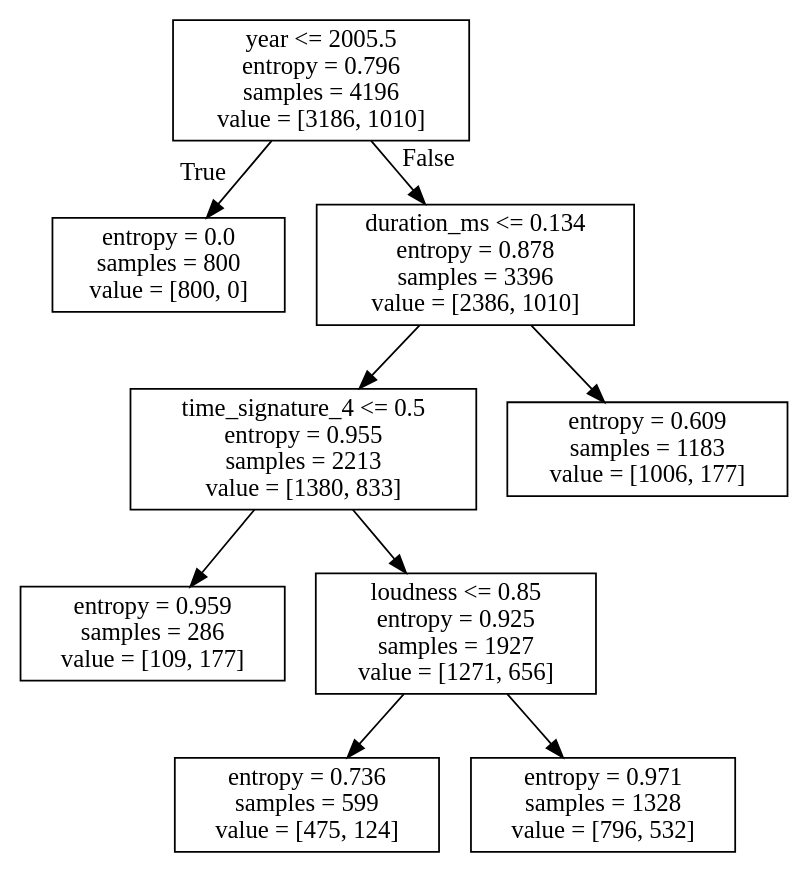
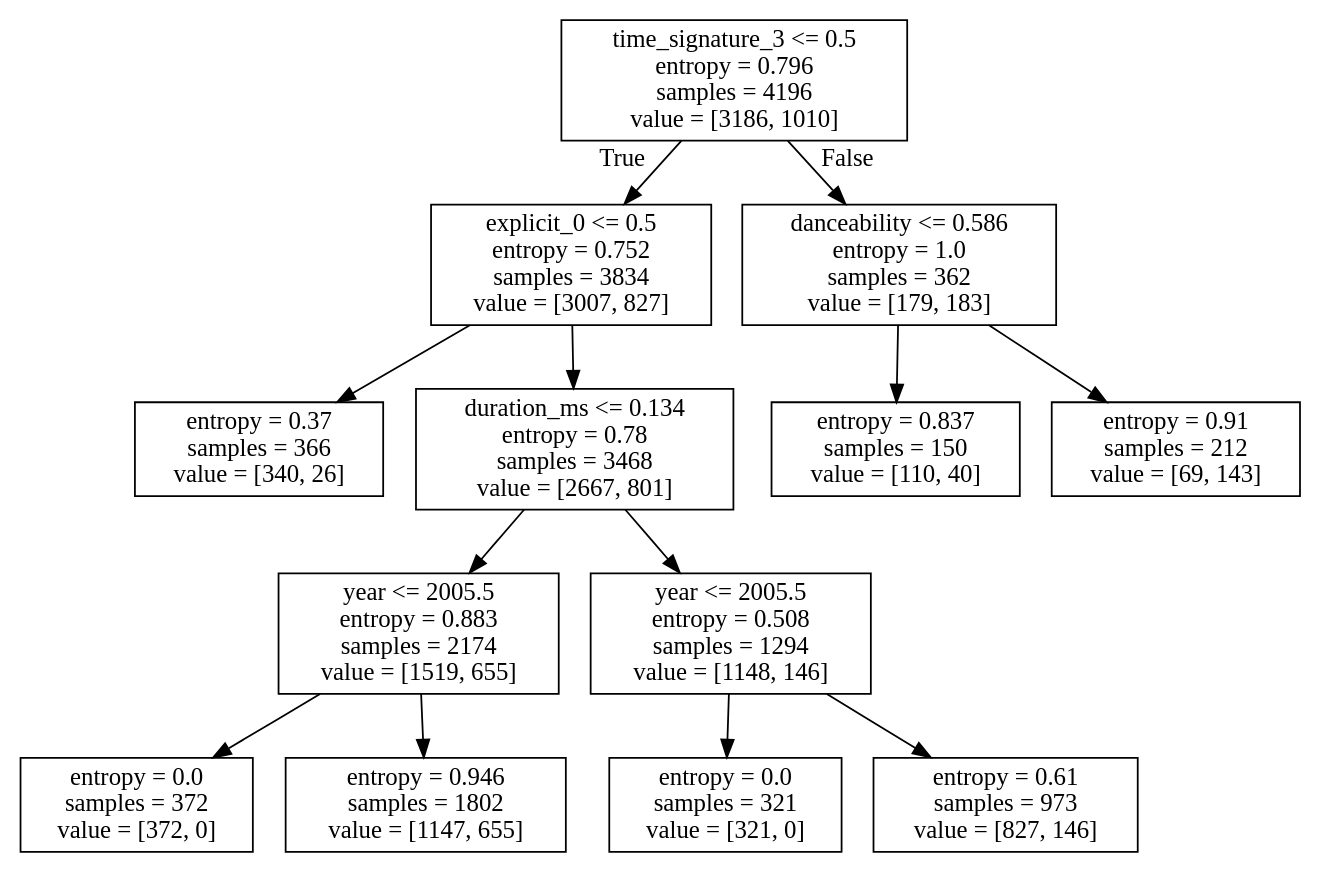
Before and after one commit to CrystalCo/audio_features_popularity_classifiers: the diagram in latin_DT.dot, drawn with Graphviz. The commit also changed 15 other files, not shown here.

```diff
--- a/latin_DT.dot
+++ b/latin_DT.dot
@@ -1,20 +1,28 @@
 digraph Tree {
 node [shape=box] ;
-0 [label="year <= 2005.5\nentropy = 0.796\nsamples = 4196\nvalue = [3186, 1010]"] ;
-1 [label="entropy = 0.0\nsamples = 800\nvalue = [800, 0]"] ;
+0 [label="time_signature_3 <= 0.5\nentropy = 0.796\nsamples = 4196\nvalue = [3186, 1010]"] ;
+1 [label="explicit_0 <= 0.5\nentropy = 0.752\nsamples = 3834\nvalue = [3007, 827]"] ;
 0 -> 1 [labeldistance=2.5, labelangle=45, headlabel="True"] ;
-2 [label="duration_ms <= 0.134\nentropy = 0.878\nsamples = 3396\nvalue = [2386, 1010]"] ;
-0 -> 2 [labeldistance=2.5, labelangle=-45, headlabel="False"] ;
-3 [label="time_signature_4 <= 0.5\nentropy = 0.955\nsamples = 2213\nvalue = [1380, 833]"] ;
-2 -> 3 ;
-4 [label="entropy = 0.959\nsamples = 286\nvalue = [109, 177]"] ;
+2 [label="entropy = 0.37\nsamples = 366\nvalue = [340, 26]"] ;
+1 -> 2 ;
+3 [label="duration_ms <= 0.134\nentropy = 0.78\nsamples = 3468\nvalue = [2667, 801]"] ;
+1 -> 3 ;
+4 [label="year <= 2005.5\nentropy = 0.883\nsamples = 2174\nvalue = [1519, 655]"] ;
 3 -> 4 ;
-5 [label="loudness <= 0.85\nentropy = 0.925\nsamples = 1927\nvalue = [1271, 656]"] ;
-3 -> 5 ;
-6 [label="entropy = 0.736\nsamples = 599\nvalue = [475, 124]"] ;
-5 -> 6 ;
-7 [label="entropy = 0.971\nsamples = 1328\nvalue = [796, 532]"] ;
-5 -> 7 ;
-8 [label="entropy = 0.609\nsamples = 1183\nvalue = [1006, 177]"] ;
-2 -> 8 ;
+5 [label="entropy = 0.0\nsamples = 372\nvalue = [372, 0]"] ;
+4 -> 5 ;
+6 [label="entropy = 0.946\nsamples = 1802\nvalue = [1147, 655]"] ;
+4 -> 6 ;
+7 [label="year <= 2005.5\nentropy = 0.508\nsamples = 1294\nvalue = [1148, 146]"] ;
+3 -> 7 ;
+8 [label="entropy = 0.0\nsamples = 321\nvalue = [321, 0]"] ;
+7 -> 8 ;
+9 [label="entropy = 0.61\nsamples = 973\nvalue = [827, 146]"] ;
+7 -> 9 ;
+10 [label="danceability <= 0.586\nentropy = 1.0\nsamples = 362\nvalue = [179, 183]"] ;
+0 -> 10 [labeldistance=2.5, labelangle=-45, headlabel="False"] ;
+11 [label="entropy = 0.837\nsamples = 150\nvalue = [110, 40]"] ;
+10 -> 11 ;
+12 [label="entropy = 0.91\nsamples = 212\nvalue = [69, 143]"] ;
+10 -> 12 ;
 }
```
